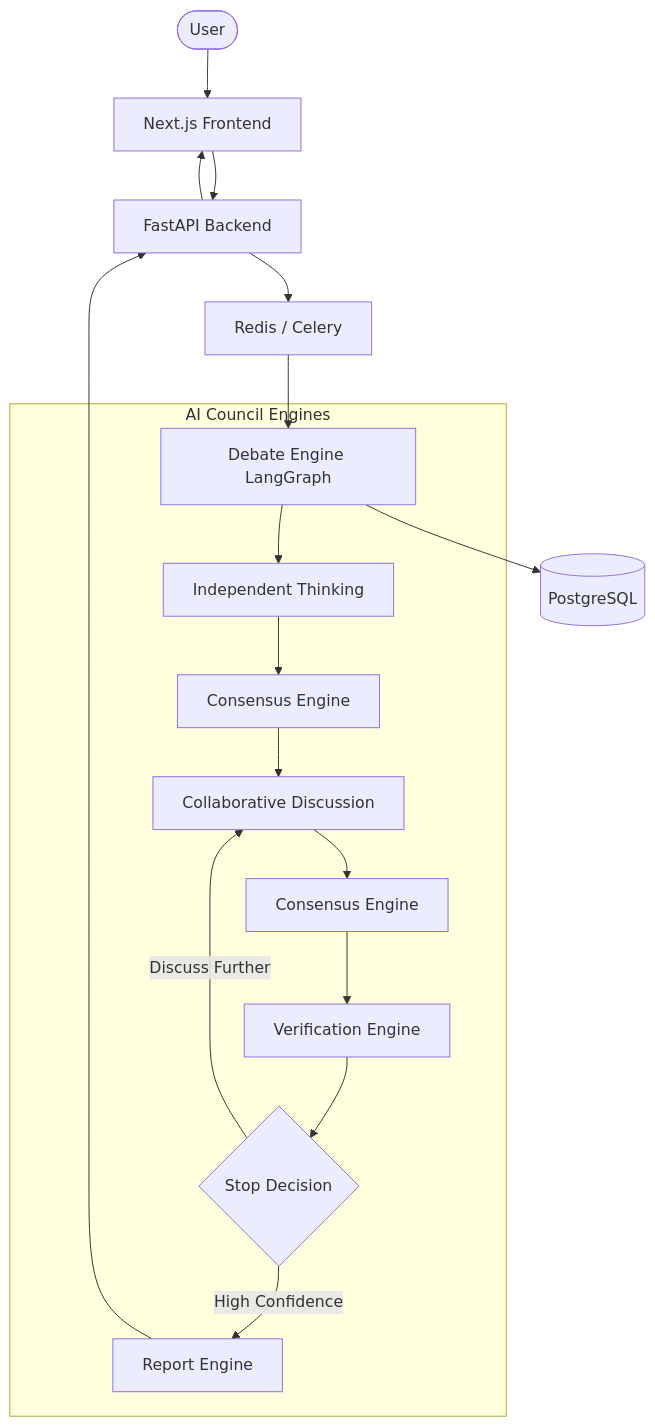
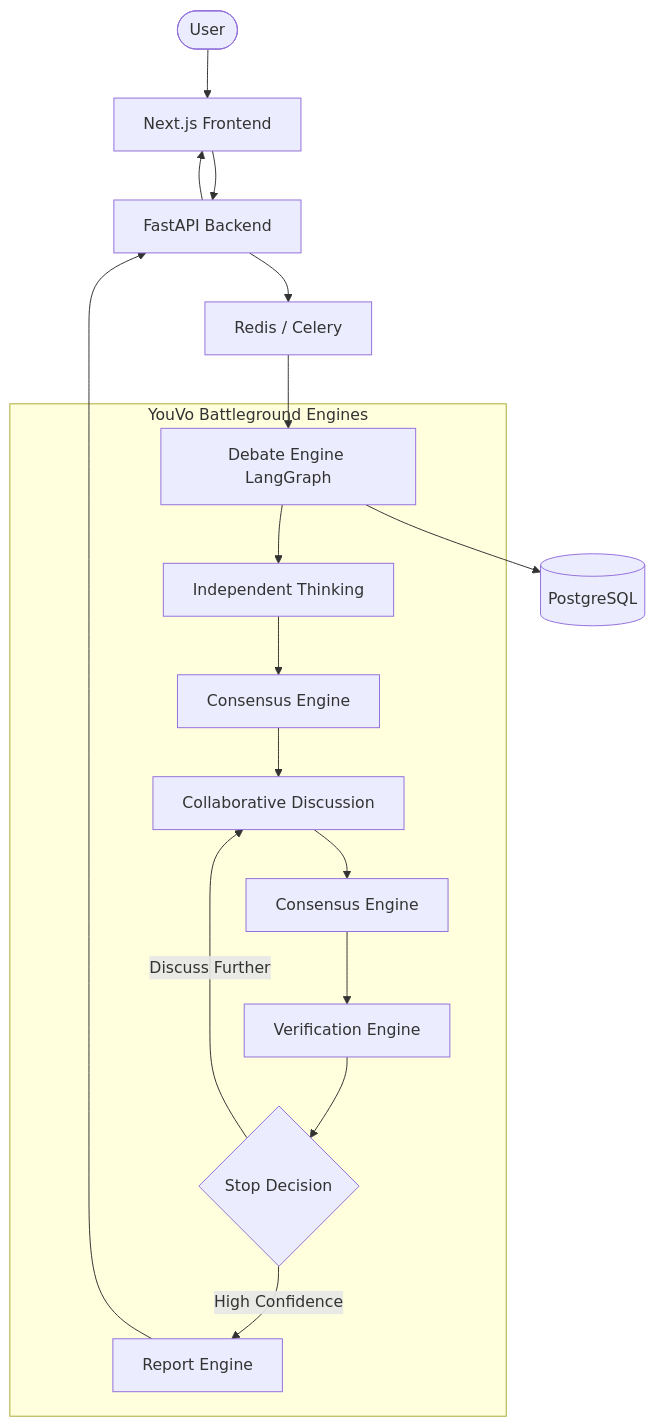
The diagram in README.md (aryanchahal29/debate), drawn with Mermaid before and after one commit. The commit also changed other lines of this file, not shown here.

Commit message:
docs: update README with YouVo Battleground rebrand and custom model features

````diff
--- a/README.md
+++ b/README.md
@@ -11,23 +11,23 @@
 ```mermaid
 graph TD
     User([User]) --> UI[Next.js Frontend]
     UI --> API[FastAPI Backend]
     API --> Queue[Redis / Celery]
     Queue --> Engine[Debate Engine LangGraph]
     
-    subgraph AI Council Engines
+    subgraph YouVo Battleground Engines
         Engine --> Ind[Independent Thinking]
         Ind --> Con1[Consensus Engine]
         Con1 --> Dis[Collaborative Discussion]
         Dis --> Con2[Consensus Engine]
         Con2 --> Ver[Verification Engine]
         Ver --> Stop{Stop Decision}
         Stop -- Discuss Further --> Dis
         Stop -- High Confidence --> Rep[Report Engine]
     end
 
     Rep --> API
     API --> UI
     
     Engine --> DB[(PostgreSQL)]
 ```
````
